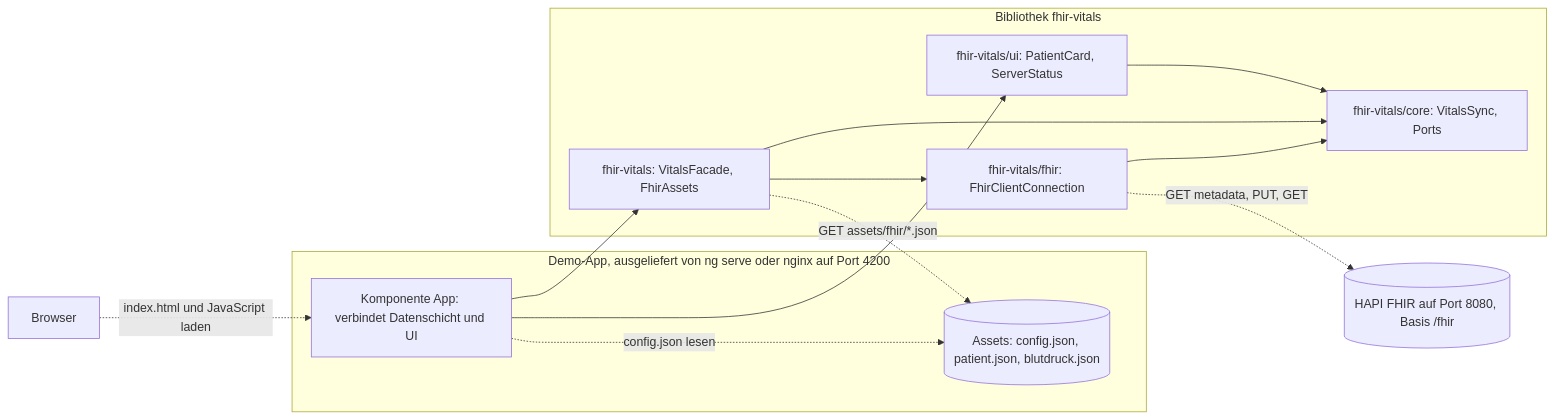
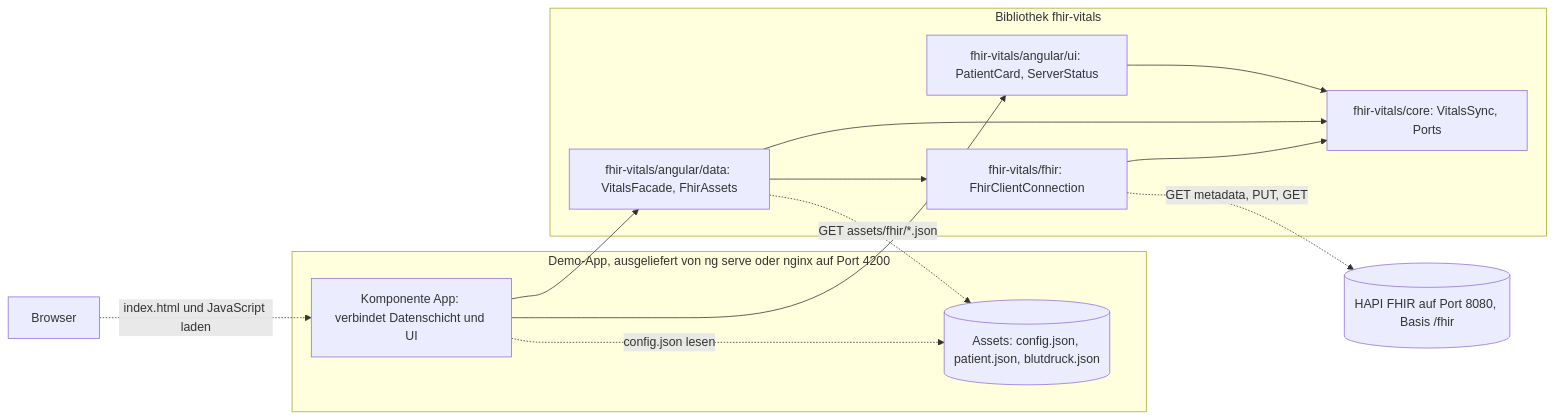
The diagram in README.md (forschungsgruppe-digital-health/angular-fhir-vitals), drawn with Mermaid before and after one commit. The commit also changed other lines of this file and 23 other files, not shown here.

Commit message:
Group the Angular layers under angular/data and angular/ui

````diff
--- a/README.md
+++ b/README.md
@@ -315,25 +324,25 @@
 ```mermaid
 flowchart LR
   Browser["Browser"]
   subgraph App["Demo-App, ausgeliefert von ng serve oder nginx auf Port 4200"]
     Page["Komponente App: verbindet Datenschicht und UI"]
     Assets[("Assets: config.json, patient.json, blutdruck.json")]
   end
   subgraph Lib["Bibliothek fhir-vitals"]
-    UI["fhir-vitals/ui: PatientCard, ServerStatus"]
-    NG["fhir-vitals: VitalsFacade, FhirAssets"]
+    UI["fhir-vitals/angular/ui: PatientCard, ServerStatus"]
+    NG["fhir-vitals/angular/data: VitalsFacade, FhirAssets"]
     FHIR["fhir-vitals/fhir: FhirClientConnection"]
     CORE["fhir-vitals/core: VitalsSync, Ports"]
   end
   HAPI[("HAPI FHIR auf Port 8080, Basis /fhir")]
   Browser -. "index.html und JavaScript laden" .-> Page
   Page --> UI
   Page --> NG
   UI --> CORE
   NG --> CORE
   NG --> FHIR
   FHIR --> CORE
   Page -. "config.json lesen" .-> Assets
   NG -. "GET assets/fhir/*.json" .-> Assets
   FHIR -. "GET metadata, PUT, GET" .-> HAPI
 ```
````
